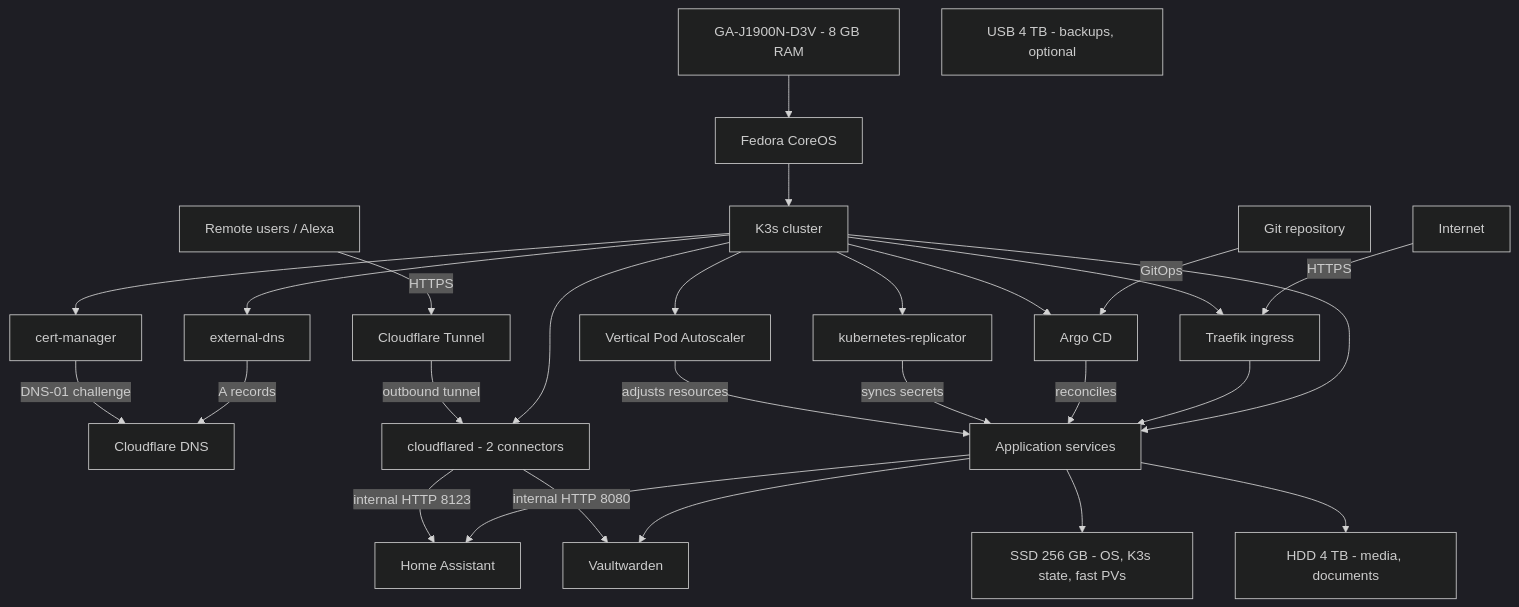
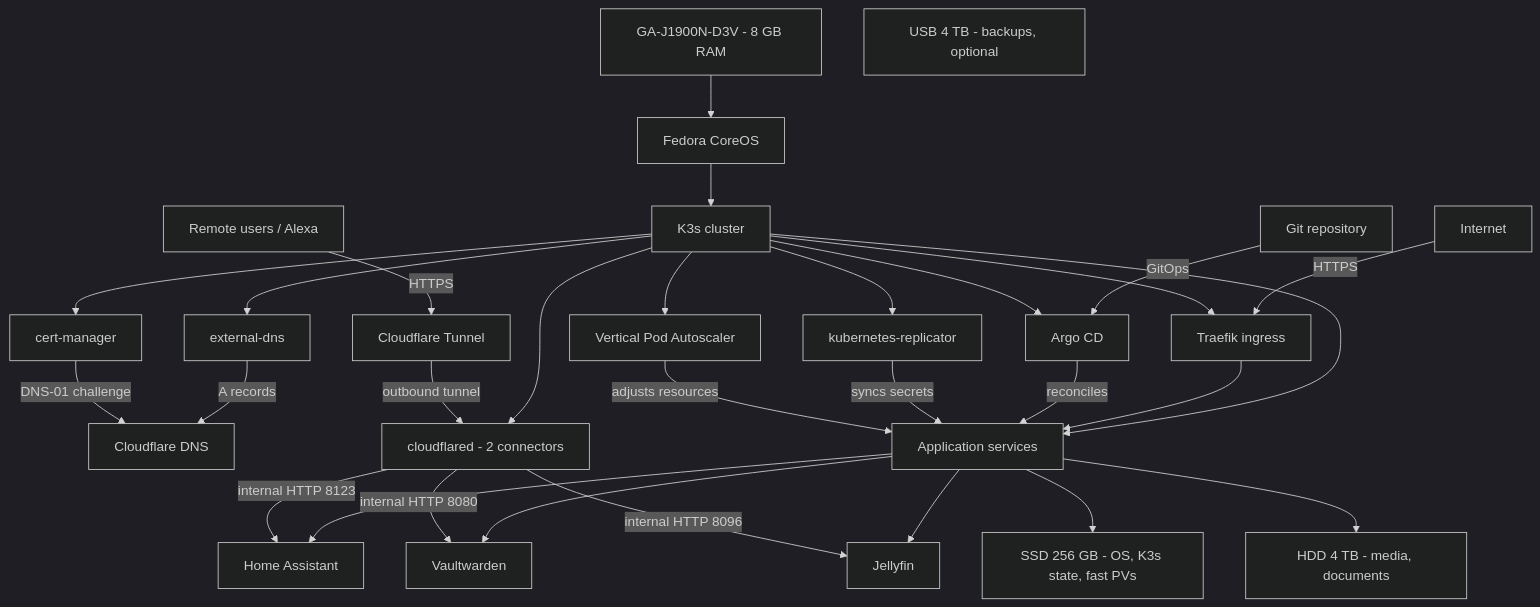
Before and after one commit to Mahagon/homelab: the diagram in docs/diagrams/architecture.mmd, drawn with Mermaid (dark theme). The commit also changed 12 other files, not shown here.

```diff
--- a/docs/diagrams/architecture.mmd
+++ b/docs/diagrams/architecture.mmd
@@ -1,34 +1,36 @@
 flowchart TD
     Internet["Internet"] -->|HTTPS| Traefik
     RemoteUsers["Remote users / Alexa"] -->|HTTPS| CloudflareTunnel["Cloudflare Tunnel"]
     Git["Git repository"] -->|GitOps| ArgoCD
     ExternalDNS -->|A records| Cloudflare["Cloudflare DNS"]
     CertManager -->|DNS-01 challenge| Cloudflare
 
     Hardware["GA-J1900N-D3V - 8 GB RAM"] --> FedoraCoreOS["Fedora CoreOS"]
     FedoraCoreOS --> K3s["K3s cluster"]
     K3s --> ArgoCD["Argo CD"]
     K3s --> Traefik["Traefik ingress"]
     K3s --> CertManager["cert-manager"]
     K3s --> ExternalDNS["external-dns"]
     K3s --> Cloudflared["cloudflared - 2 connectors"]
     K3s --> Replicator["kubernetes-replicator"]
     K3s --> VPA["Vertical Pod Autoscaler"]
     K3s --> AppServices["Application services"]
     AppServices --> HomeAssistant["Home Assistant"]
     AppServices --> Vaultwarden["Vaultwarden"]
+    AppServices --> Jellyfin["Jellyfin"]
 
     Traefik --> AppServices
     ArgoCD -->|reconciles| AppServices
     Replicator -->|syncs secrets| AppServices
     VPA -->|adjusts resources| AppServices
     Cloudflared -->|internal HTTP 8123| HomeAssistant
     Cloudflared -->|internal HTTP 8080| Vaultwarden
+    Cloudflared -->|internal HTTP 8096| Jellyfin
 
     SSD["SSD 256 GB - OS, K3s state, fast PVs"]
     HDD["HDD 4 TB - media, documents"]
     USB["USB 4 TB - backups, optional"]
 
     AppServices --> SSD
     AppServices --> HDD
     CloudflareTunnel -->|outbound tunnel| Cloudflared
```
